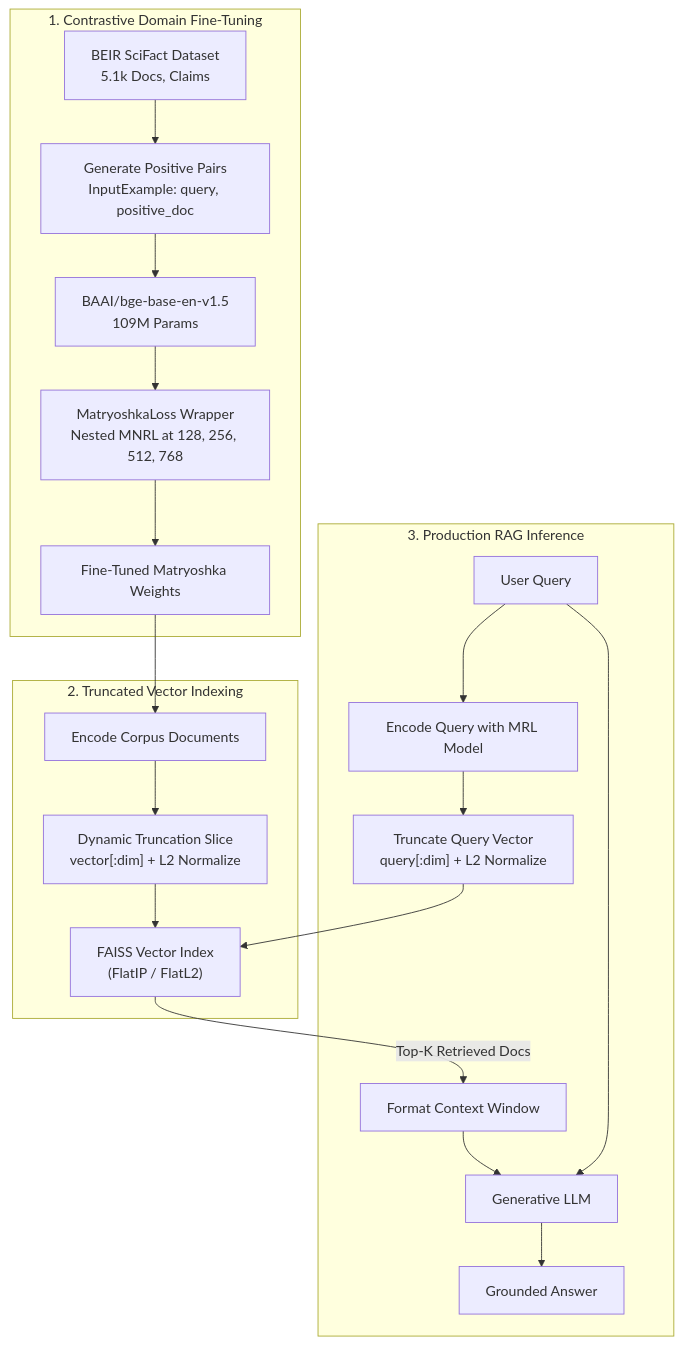
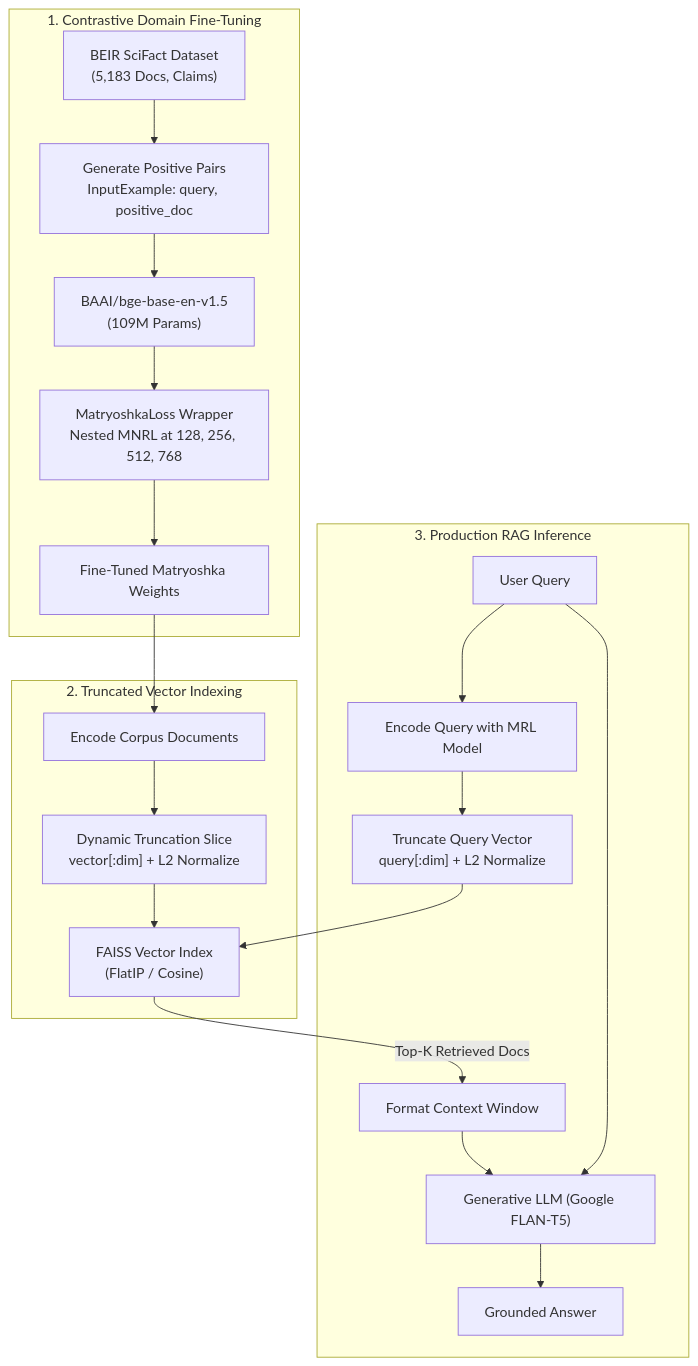
One commit to premsaipusapati-debug/matryoshka-domain-rag changed the diagram in README.md. Above: the diagram before and after it, drawn with Mermaid. The commit also changed other lines of this file and 6 other files, not shown here.

````diff
--- a/README.md
+++ b/README.md
@@ -76,25 +75,25 @@
 ```mermaid
 flowchart TD
     subgraph Offline_Training["1. Contrastive Domain Fine-Tuning"]
-        A[BEIR SciFact Dataset<br/>5.1k Docs, Claims] --> B[Generate Positive Pairs<br/>InputExample: query, positive_doc]
-        B --> C[BAAI/bge-base-en-v1.5<br/>109M Params]
+        A["BEIR SciFact Dataset<br/>(5,183 Docs, Claims)"] --> B["Generate Positive Pairs<br/>InputExample: query, positive_doc"]
+        B --> C["BAAI/bge-base-en-v1.5<br/>(109M Params)"]
         C --> D["MatryoshkaLoss Wrapper<br/>Nested MNRL at 128, 256, 512, 768"]
-        D --> E[Fine-Tuned Matryoshka Weights]
+        D --> E["Fine-Tuned Matryoshka Weights"]
     end
 
     subgraph Indexing["2. Truncated Vector Indexing"]
-        E --> F[Encode Corpus Documents]
+        E --> F["Encode Corpus Documents"]
         F --> G["Dynamic Truncation Slice<br/>vector[:dim] + L2 Normalize"]
-        G --> H["FAISS Vector Index<br/>(FlatIP / FlatL2)"]
+        G --> H["FAISS Vector Index<br/>(FlatIP / Cosine)"]
     end
 
     subgraph Inference_RAG["3. Production RAG Inference"]
-        Q[User Query] --> I[Encode Query with MRL Model]
+        Q["User Query"] --> I["Encode Query with MRL Model"]
         I --> J["Truncate Query Vector<br/>query[:dim] + L2 Normalize"]
         J --> H
-        H -->|Top-K Retrieved Docs| K[Format Context Window]
-        K --> L[Generative LLM]
+        H -->|Top-K Retrieved Docs| K["Format Context Window"]
+        K --> L["Generative LLM (Google FLAN-T5)"]
         Q --> L
-        L --> Ans[Grounded Answer]
+        L --> Ans["Grounded Answer"]
     end
 ```
````
